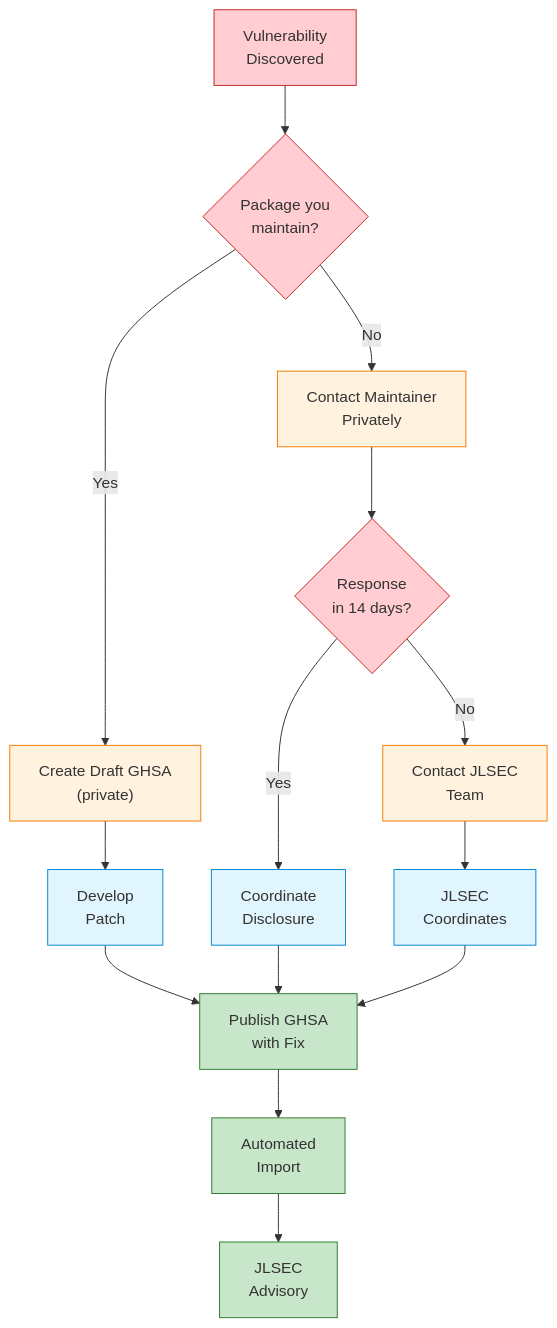
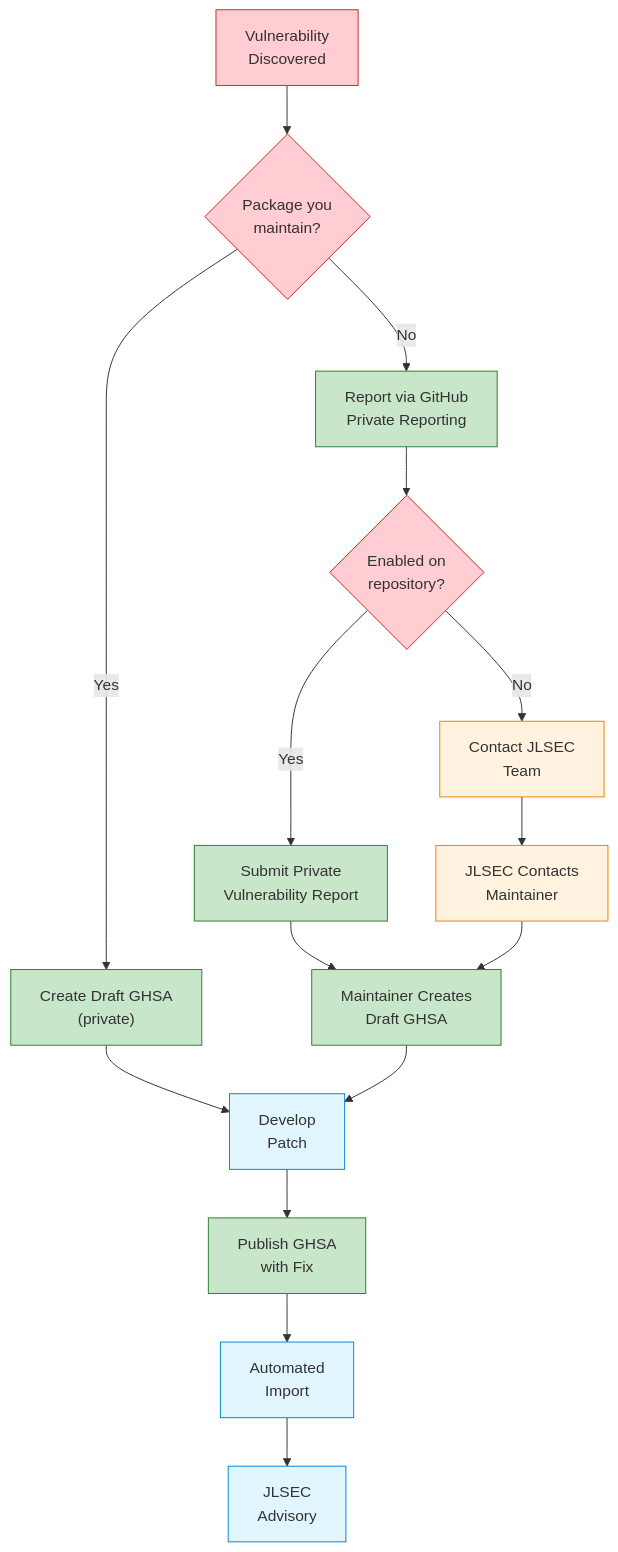
One commit to JuliaLang/SecurityAdvisories.jl changed the third of 7 diagrams in docs/src/workflow.md. Above: the diagram before and after it, drawn with Mermaid. The commit also changed other lines of this file, not shown here.

First line of the commit message:
docs: prioritize GHSA over private email for vulnerability reporting

````diff
--- a/docs/src/workflow.md
+++ b/docs/src/workflow.md
@@ -193,31 +193,33 @@
 ```mermaid
 graph TD
     Start["Vulnerability<br/>Discovered"] --> Decision{"Package you<br/>maintain?"}
 
     Decision -->|"Yes"| PathA["Create Draft GHSA<br/>(private)"]
-    Decision -->|"No"| PathB["Contact Maintainer<br/>Privately"]
+    Decision -->|"No"| PathB["Report via GitHub<br/>Private Reporting"]
 
     PathA --> Develop["Develop<br/>Patch"]
-    PathB --> Wait{"Response<br/>in 14 days?"}
+    PathB --> Wait{"Enabled on<br/>repository?"}
 
-    Wait -->|"Yes"| Coordinate["Coordinate<br/>Disclosure"]
+    Wait -->|"Yes"| GHReport["Submit Private<br/>Vulnerability Report"]
     Wait -->|"No"| Escalate["Contact JLSEC<br/>Team"]
 
+    GHReport --> MaintainerGHSA["Maintainer Creates<br/>Draft GHSA"]
+    MaintainerGHSA --> Develop
+    Escalate --> JLSECCoord["JLSEC Contacts<br/>Maintainer"]
+    JLSECCoord --> MaintainerGHSA
+
     Develop --> Publish["Publish GHSA<br/>with Fix"]
-    Coordinate --> Publish
-    Escalate --> JLSECCoord["JLSEC<br/>Coordinates"]
-    JLSECCoord --> Publish
 
     Publish --> AutoImport["Automated<br/>Import"]
     AutoImport --> JLSEC["JLSEC<br/>Advisory"]
 
     classDef warning fill:#ffcdd2,stroke:#c62828
-    classDef private fill:#fff3e0,stroke:#f57c00
+    classDef ghsa fill:#c8e6c9,stroke:#2e7d32
     classDef coordinate fill:#e1f5fe,stroke:#0288d1
-    classDef publish fill:#c8e6c9,stroke:#2e7d32
+    classDef escalate fill:#fff3e0,stroke:#f57c00
 
     class Start,Decision,Wait warning
-    class PathA,PathB,Escalate private
-    class Develop,Coordinate,JLSECCoord coordinate
-    class Publish,AutoImport,JLSEC publish
+    class PathA,PathB,GHReport,MaintainerGHSA,Publish ghsa
+    class Develop,AutoImport,JLSEC coordinate
+    class Escalate,JLSECCoord escalate
 ```
````
